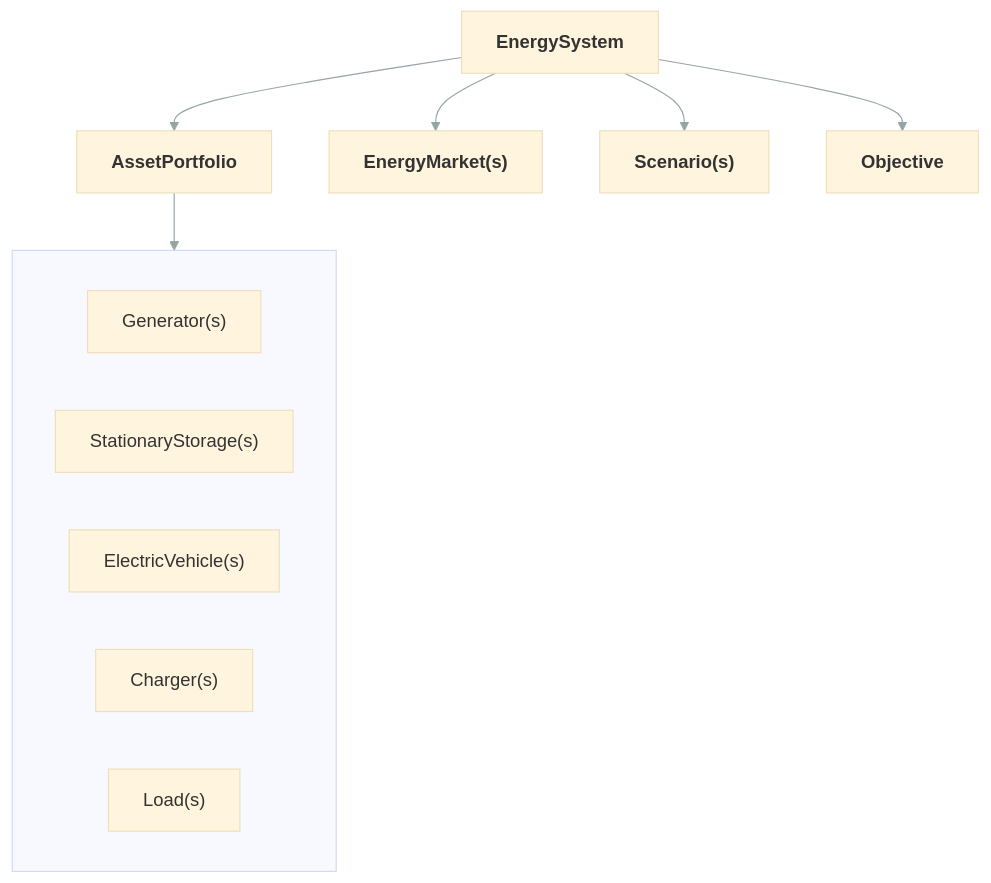
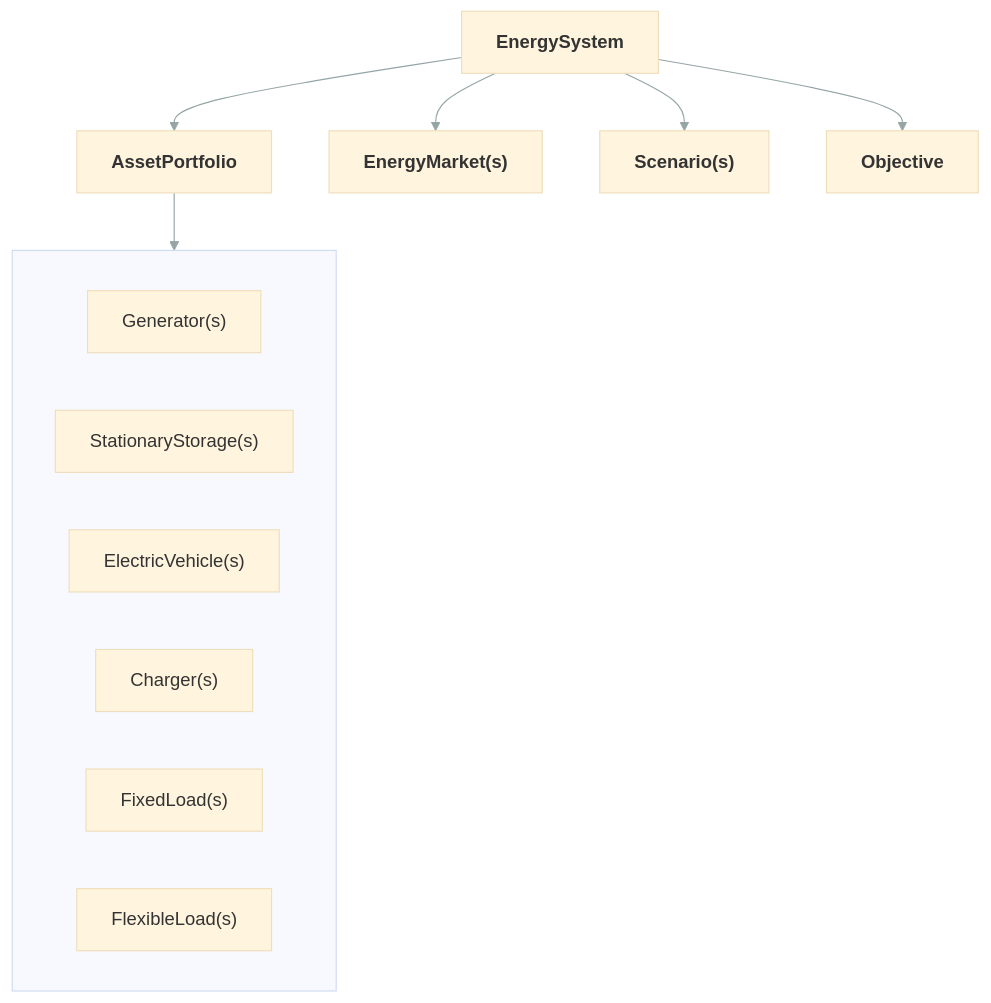
Before and after one commit to ramirocrc/odys: the diagram in docs/user_guide/energy_system.md, drawn with Mermaid. The commit also changed 2 other files, not shown here.

Commit message:
test: check sequence and user-guide diagrams against code
Extend the docs drift check beyond class diagrams: the optimize()
sequence diagram's participants, calls and argument names, and the
user-guide flowchart's nodes and asset list. Split the user-guide
Load(s) node into FixedLoad and FlexibleLoad, which it surfaced.

````diff
--- a/docs/user_guide/energy_system.md
+++ b/docs/user_guide/energy_system.md
@@ -13,23 +13,24 @@
 ```mermaid
 %%{init: {"theme": "base", "themeVariables": {"lineColor": "#95A5A6"}}}%%
 flowchart TD
     ES["<b>EnergySystem</b>"]
     AP["<b>AssetPortfolio</b>"]
     subgraph Assets [ ]
         direction LR
         GEN["Generator(s)"]
         STO["StationaryStorage(s)"]
         EV["ElectricVehicle(s)"]
         CHG["Charger(s)"]
-        LD["Load(s)"]
+        FL["FixedLoad(s)"]
+        FX["FlexibleLoad(s)"]
     end
     MKT["<b>EnergyMarket(s)</b>"]
     SC["<b>Scenario(s)</b>"]
     OBJ["<b>Objective</b>"]
 
     ES --> AP
     ES --> MKT
     ES --> SC
     ES --> OBJ
     AP --> Assets
 ```
````
